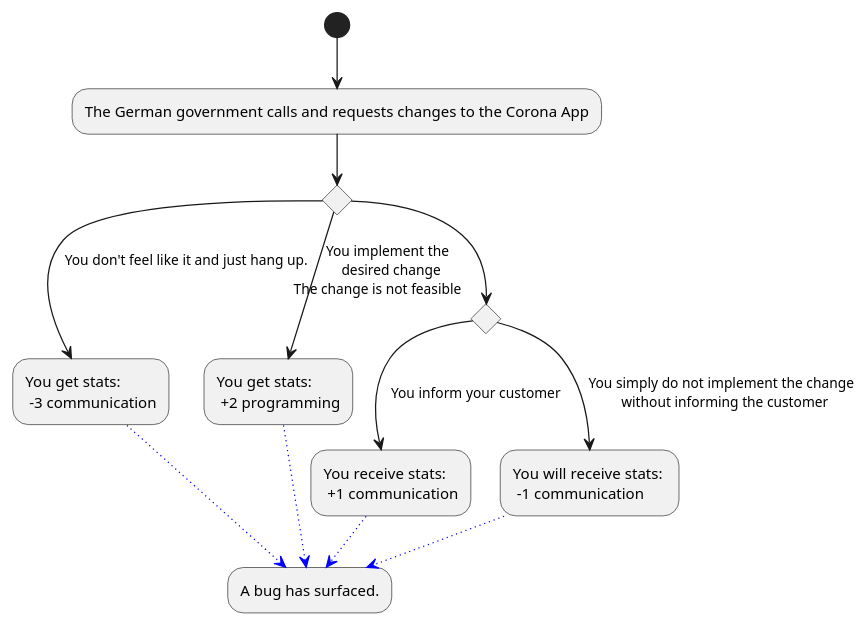
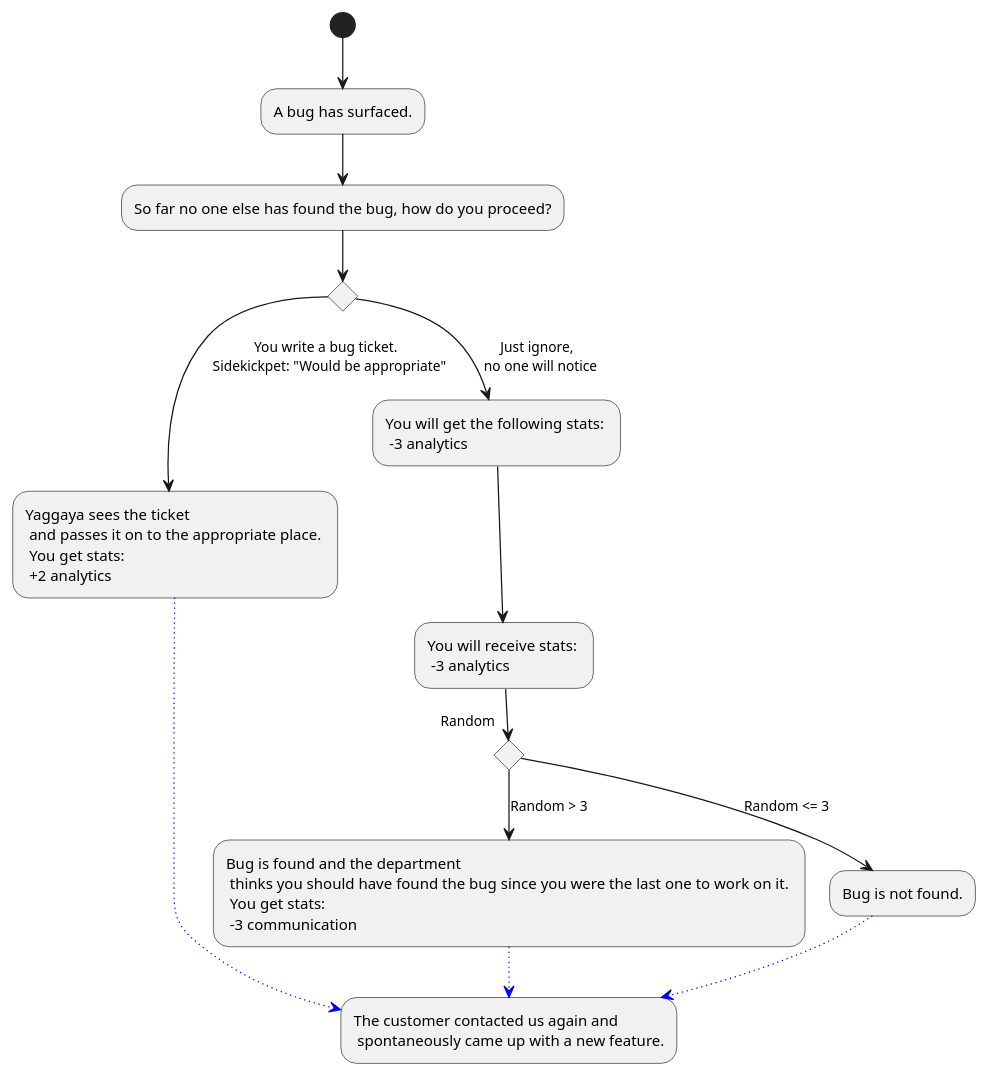
One commit to Brotenko/QualityQuest changed the diagram in Docs/Technical Specifications/docs/diagrams/StoryFlow/StoryFlow_Decision_11.puml. Above: the diagram before and after it, drawn with PlantUML. The commit also changed 28 other files, not shown here.

```diff
--- a/Docs/Technical Specifications/docs/diagrams/StoryFlow/StoryFlow_Decision_11.puml
+++ b/Docs/Technical Specifications/docs/diagrams/StoryFlow/StoryFlow_Decision_11.puml
@@ -1,16 +1,19 @@
 @startuml
-(*) --> "The German government calls and requests changes to the Corona App" as app
+(*) --> "A bug has surfaced."
+--> "So far no one else has found the bug, how do you proceed?"
 if "" then 
---> [You don't feel like it and just hang up.] "You get stats: \n -3 communication" as a1
-else 
---> [You implement the \n desired change] "You get stats: \n +2 programming" as a2
+--> [You write a bug ticket. \n Sidekickpet: "Would be appropriate"] "Yaggaya sees the ticket \n and passes it on to the appropriate place. \n You get stats: \n +2 analytics" as y
 else
-if "The change is not feasible"
---> [You inform your customer] "You receive stats: \n +1 communication" as b1
-else 
---> [You simply do not implement the change \n without informing the customer] "You will receive stats: \n -1 communication"
--[#blue,dotted]-> "A bug has surfaced." as bug 
-a1 -[#blue,dotted]-> bug
-a2 -[#blue,dotted]-> bug
-b1 -[#blue,dotted]-> bug
+--> [Just ignore, \n no one will notice] "You will get the following stats: \n -3 analytics" as x
+endif
+--> "You will receive stats: \n -3 analytics"
+if "Random" then
+--> [Random > 3] "Bug is found and the department \n thinks you should have found the bug since you were the last one to work on it. \n You get stats: \n -3 communication" as p
+
+else
+--> [Random <= 3] "Bug is not found."
+-[#blue,dotted]-> "The customer contacted us again and \n spontaneously came up with a new feature." as f 
+endif
+p -[#blue,dotted]-> f
+y -[#blue,dotted]-> f
 @enduml
```
